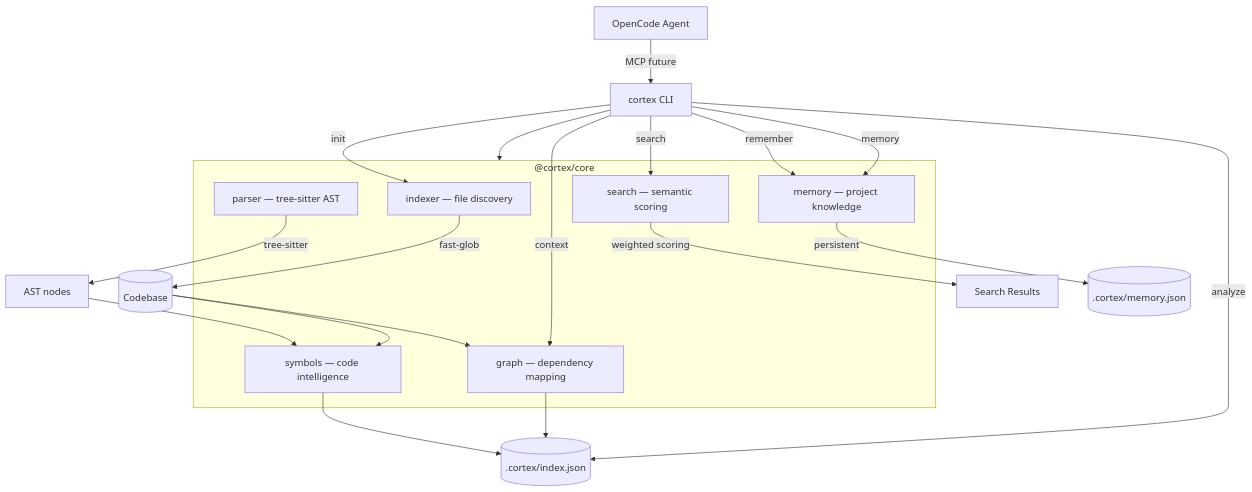
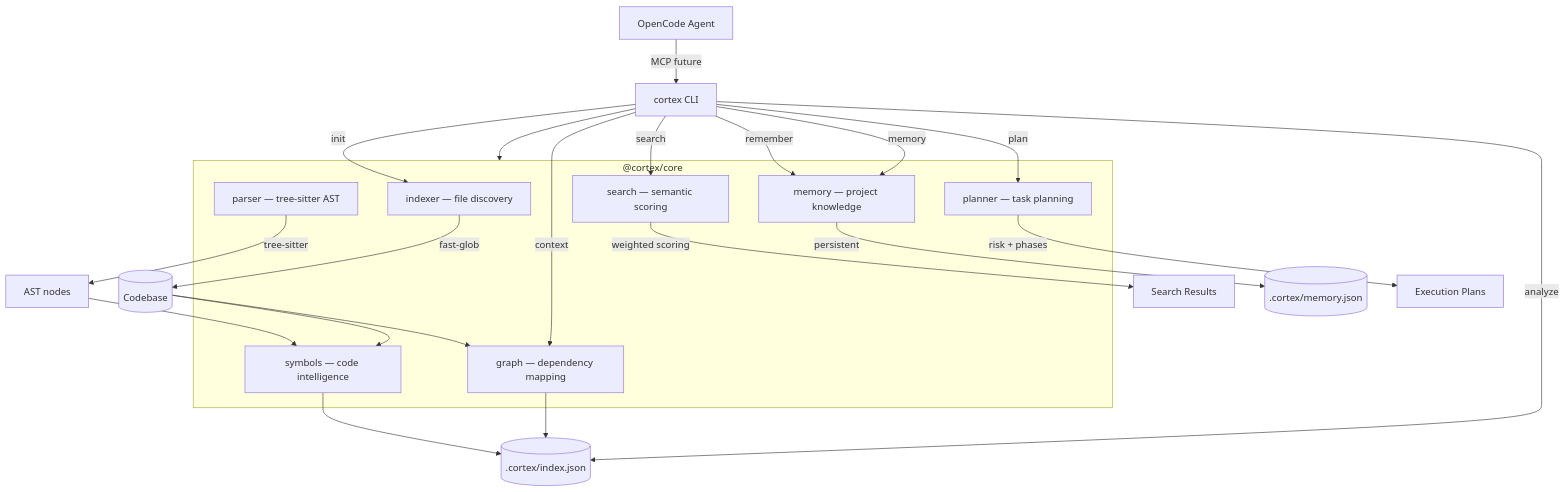
Before and after one commit to benogoulart/Cortex: the diagram in README.md, drawn with Mermaid. The commit also changed other lines of this file and 1 other file, not shown here.

````diff
--- a/README.md
+++ b/README.md
@@ -323,32 +323,35 @@
 ```mermaid
 graph TD
     CLI["cortex CLI"] --> Core["@cortex/core"]
 
     subgraph Core["@cortex/core"]
         Indexer["indexer — file discovery"]
         Parser["parser — tree-sitter AST"]
         Symbols["symbols — code intelligence"]
         Graph["graph — dependency mapping"]
         Search["search — semantic scoring"]
         Memory["memory — project knowledge"]
+        Planner["planner — task planning"]
     end
 
     Indexer --> |fast-glob| Files[("Codebase")]
     Parser --> |tree-sitter| AST["AST nodes"]
     AST --> Symbols
     Files --> Symbols
     Symbols --> Index[(".cortex/index.json")]
     Files --> Graph
     Graph --> Index
     Search --> |weighted scoring| Results["Search Results"]
     Memory --> |persistent| MemoryStore[(".cortex/memory.json")]
+    Planner --> |risk + phases| Plans["Execution Plans"]
 
     CLI --> |init| Indexer
     CLI --> |analyze| Index
     CLI --> |search| Search
     CLI --> |context| Graph
     CLI --> |remember| Memory
     CLI --> |memory| Memory
+    CLI --> |plan| Planner
 
     OpenCode["OpenCode Agent"] --> |MCP future| CLI
 ```
````
